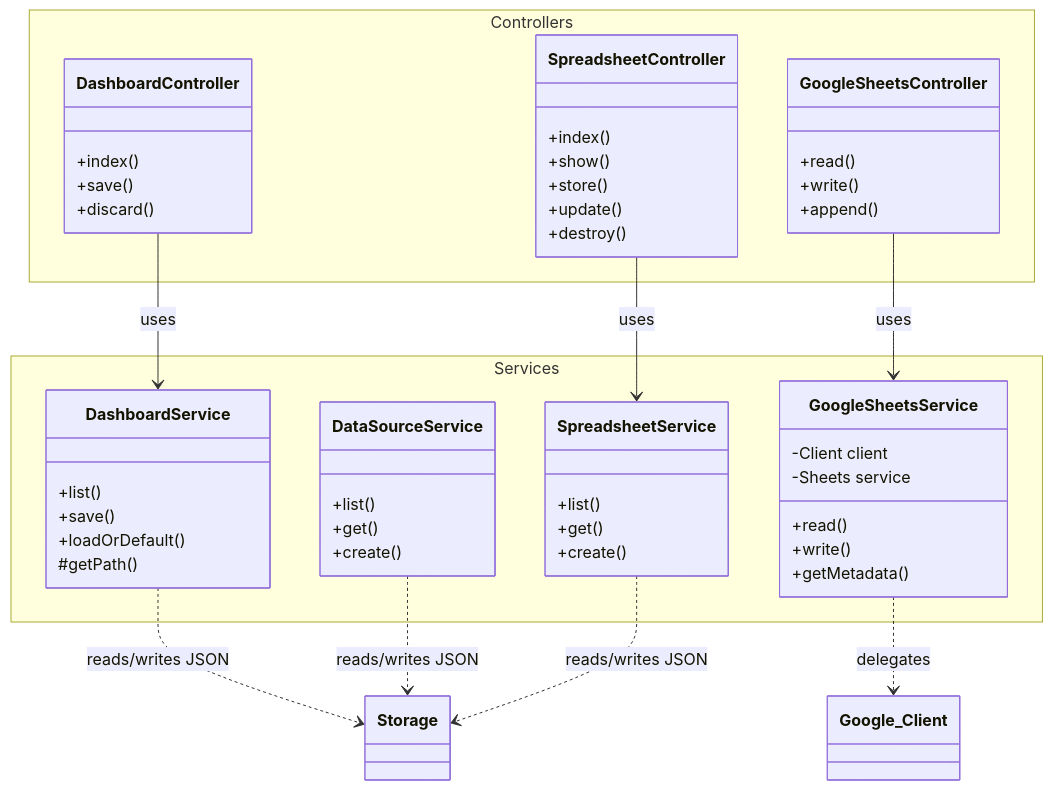
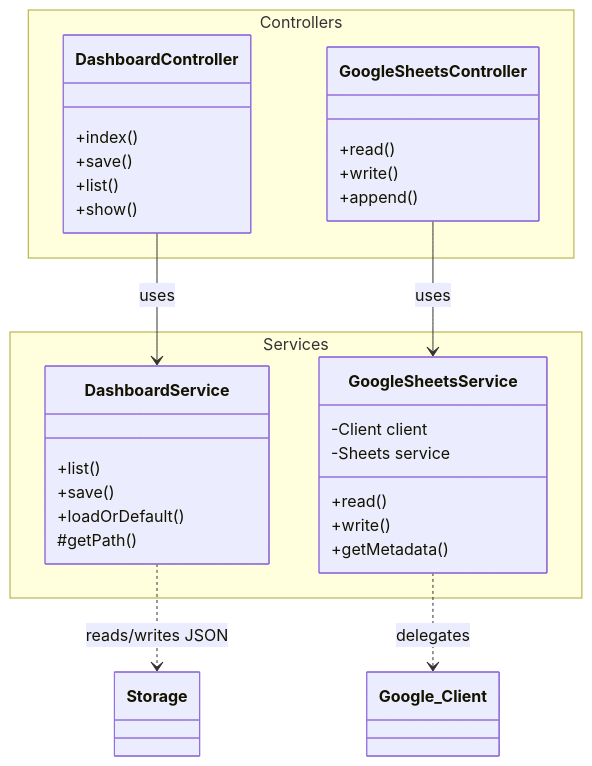
The second of 2 diagrams in DEPENDENCIES.md (Metadrama/kernel), drawn with Mermaid before and after one commit. The commit also changed other lines of this file, not shown here.

First line of the commit message:
Add comprehensive dependency mapping and architectural documentation

````diff
--- a/DEPENDENCIES.md
+++ b/DEPENDENCIES.md
@@ -172,57 +164,38 @@
 ```mermaid
 classDiagram
     namespace Controllers {
         class DashboardController {
             +index()
             +save()
-            +discard()
+            +list()
+            +show()
         }
         class GoogleSheetsController {
             +read()
             +write()
             +append()
-        }
-        class SpreadsheetController {
-            +index()
-            +show()
-            +store()
-            +update()
-            +destroy()
         }
     }
 
     namespace Services {
         class DashboardService {
             +list()
             +save()
             +loadOrDefault()
             #getPath()
         }
         class GoogleSheetsService {
             -Client client
             -Sheets service
             +read()
             +write()
             +getMetadata()
         }
-        class DataSourceService {
-            +list()
-            +get()
-            +create()
-        }
-        class SpreadsheetService {
-            +list()
-            +get()
-            +create()
-        }
     }
 
     DashboardController --> DashboardService : uses
     GoogleSheetsController --> GoogleSheetsService : uses
-    SpreadsheetController --> SpreadsheetService : uses
 
     DashboardService ..> Storage : reads/writes JSON
-    DataSourceService ..> Storage : reads/writes JSON
-    SpreadsheetService ..> Storage : reads/writes JSON
     GoogleSheetsService ..> Google_Client : delegates
 ```
````
